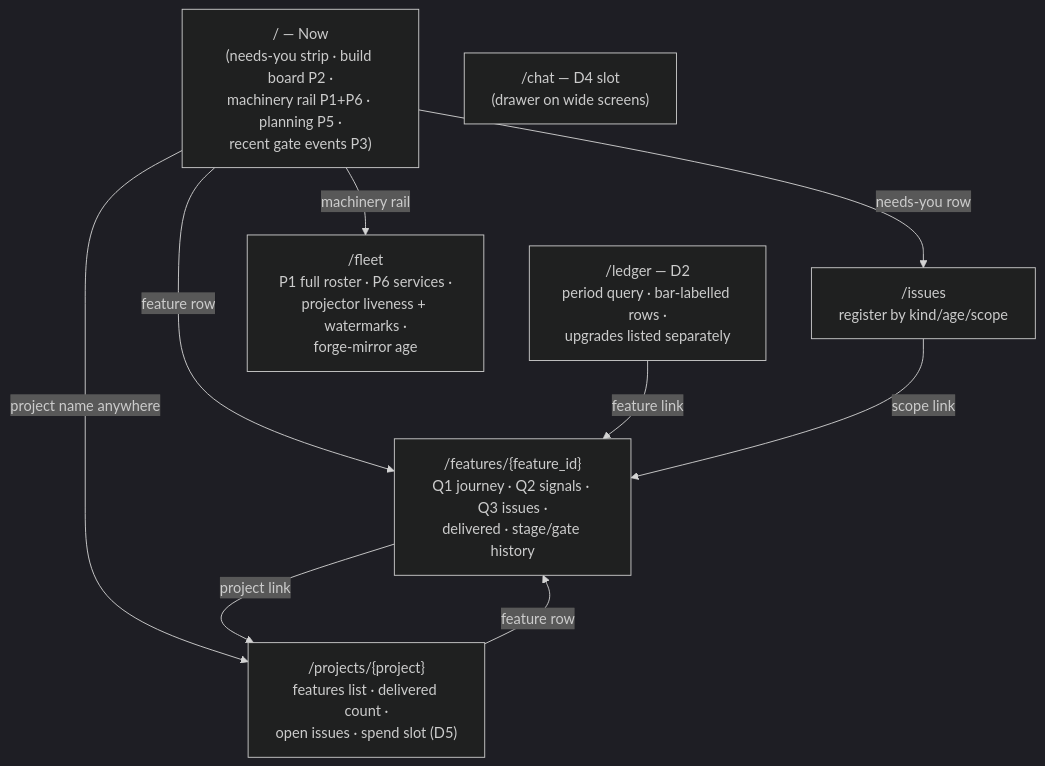
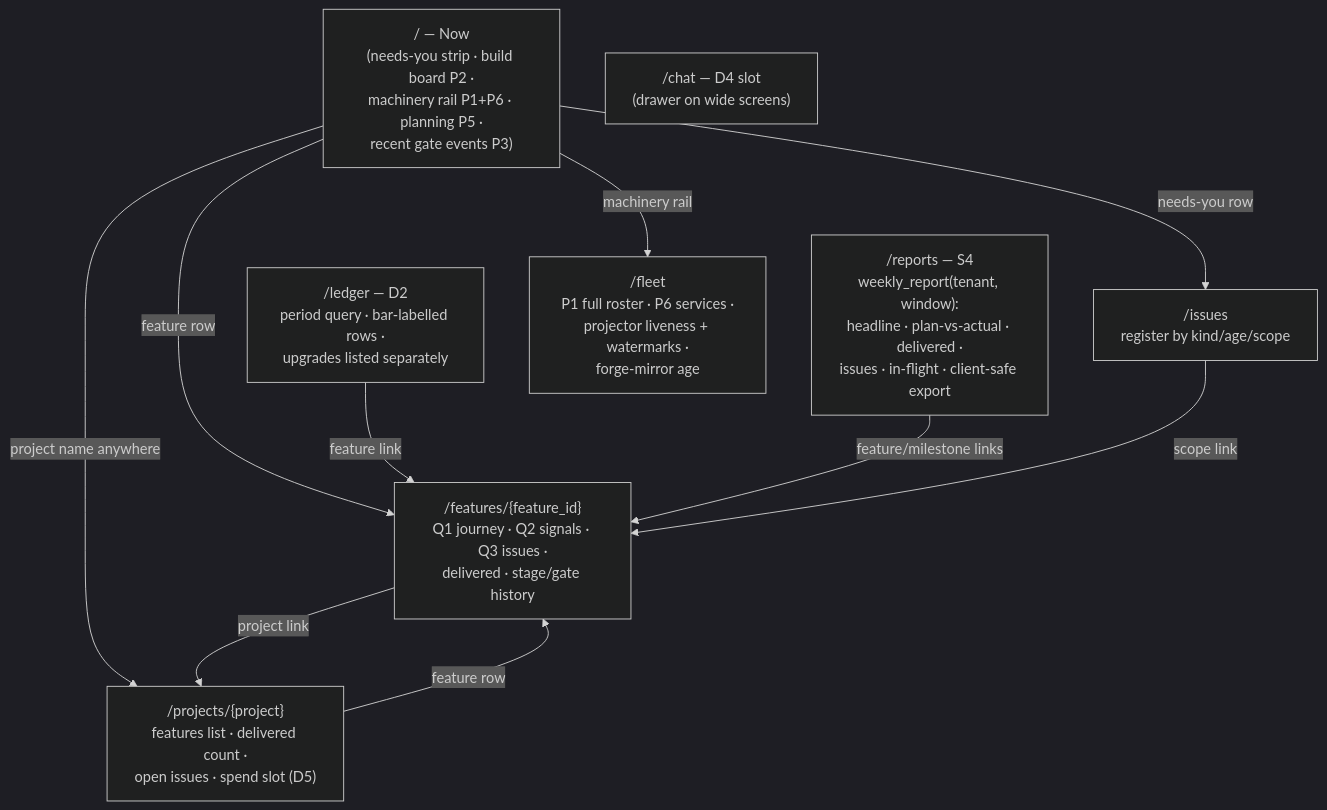
One commit to guardkit/factory-dashboard changed the diagram in docs/architecture/ux-spec-2026-07-11.md. Above: the diagram before and after it, drawn with Mermaid (dark theme). The commit also changed other lines of this file and 2 other files, not shown here.

First line of the commit message:
Amend UX spec v1.1 + dated notes: S4 weekly-report stage, plan registry, James operator-side, Lovable design-mirror lane (Rich's four decisions 2026-07-11)

````diff
--- a/docs/architecture/ux-spec-2026-07-11.md
+++ b/docs/architecture/ux-spec-2026-07-11.md
@@ -44,19 +54,21 @@
 ```mermaid
 flowchart TD
   HOME["/ — Now\n(needs-you strip · build board P2 ·\nmachinery rail P1+P6 · planning P5 ·\nrecent gate events P3)"]
   FEAT["/features/{feature_id}\nQ1 journey · Q2 signals · Q3 issues ·\ndelivered · stage/gate history"]
   PROJ["/projects/{project}\nfeatures list · delivered count ·\nopen issues · spend slot (D5)"]
   LEDG["/ledger — D2\nperiod query · bar-labelled rows ·\nupgrades listed separately"]
+  RPT["/reports — S4\nweekly_report(tenant, window):\nheadline · plan-vs-actual · delivered ·\nissues · in-flight · client-safe export"]
   ISSU["/issues\nregister by kind/age/scope"]
   FLEET["/fleet\nP1 full roster · P6 services ·\nprojector liveness + watermarks ·\nforge-mirror age"]
   CHAT["/chat — D4 slot\n(drawer on wide screens)"]
 
   HOME -->|"feature row"| FEAT
   HOME -->|"needs-you row"| ISSU
   HOME -->|"machinery rail"| FLEET
   HOME -->|"project name anywhere"| PROJ
   FEAT -->|"project link"| PROJ
   PROJ -->|"feature row"| FEAT
   LEDG -->|"feature link"| FEAT
+  RPT -->|"feature/milestone links"| FEAT
   ISSU -->|"scope link"| FEAT
 ```
````
